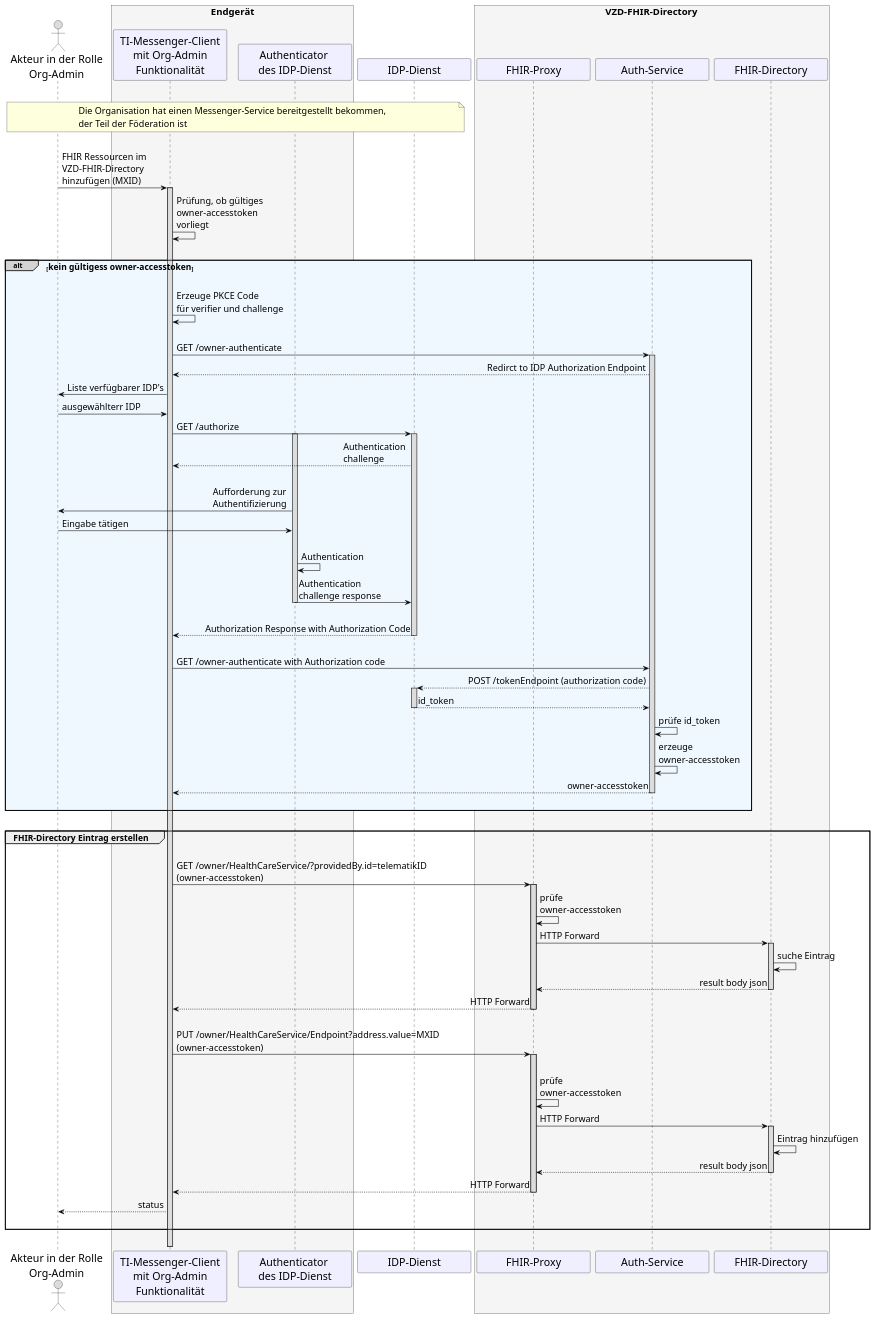
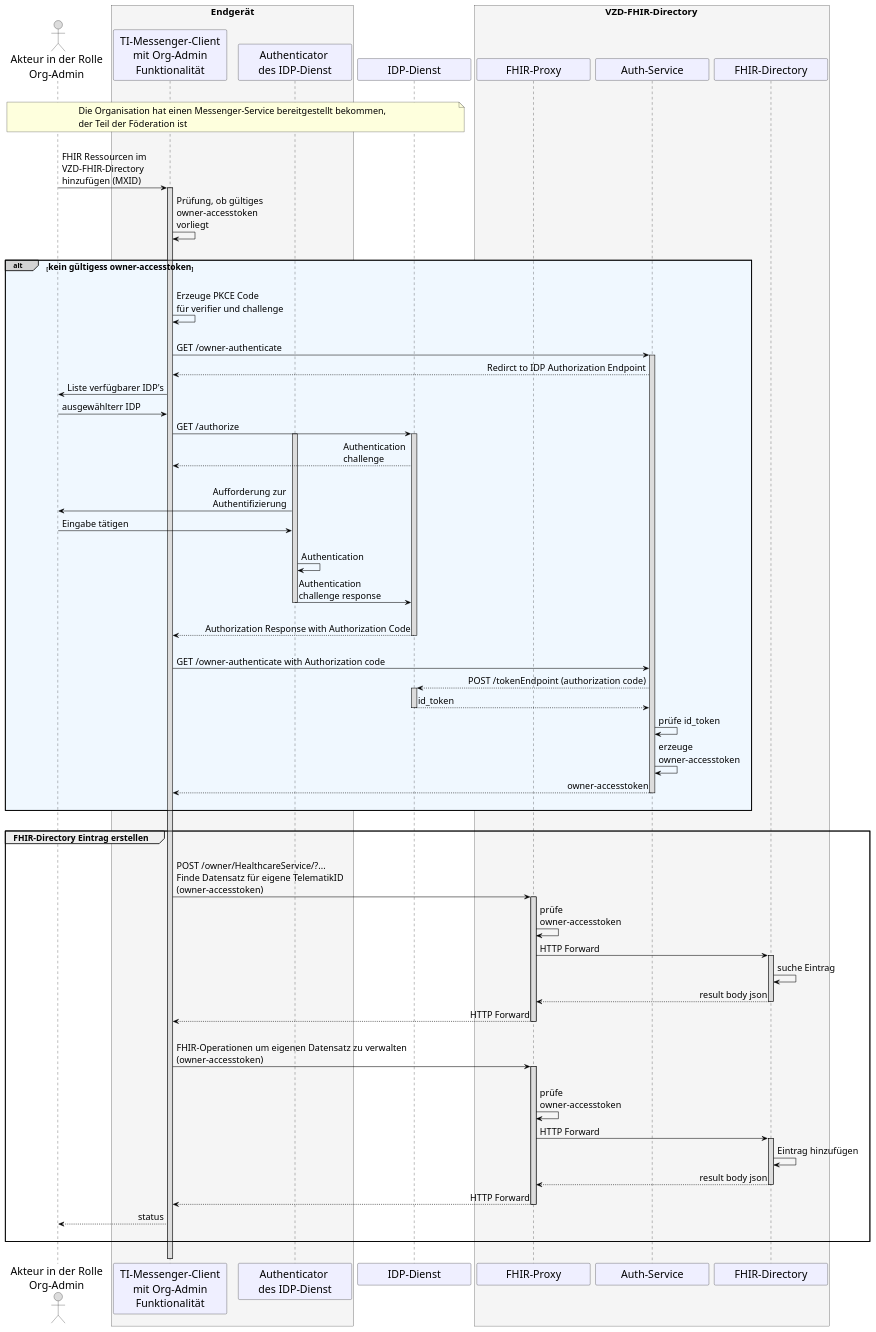
The diagram in src/plantuml/TI-Messenger-Dienst/Ressourcen/UC_10059_Seq.puml (gematik/api-ti-messenger), drawn with PlantUML before and after one commit.

```diff
--- a/src/plantuml/TI-Messenger-Dienst/Ressourcen/UC_10059_Seq.puml
+++ b/src/plantuml/TI-Messenger-Dienst/Ressourcen/UC_10059_Seq.puml
@@ -9,122 +9,122 @@
 @startuml
 skinparam sequenceMessageAlign direction
 skinparam minClassWidth 200
 skinparam BoxPadding 1
 skinparam sequenceReferenceHeaderBackgroundColor palegreen
 scale max 2048 width
 
 skinparam sequence {
 ArrowColor black
 ArrowFontSize 17
 ActorBorderColor black
 LifeLineBorderColor black
 LifeLineBackgroundColor Gainsboro
 
 ParticipantBorderColor Motivation
 ParticipantBackgroundColor Motivation
 ParticipantFontName Impact
 ParticipantFontSize 20
 ParticipantFontColor black
 ParticipantBorderColor Black
 ParticipantBackgroundColor MOTIVATION
 
 ActorBackgroundColor Gainsboro
 ActorFontColor black
 ActorFontSize 20
 ActorFontName Aapex
 }
     actor U as "Akteur in der Rolle\nOrg-Admin"
     box <size:18>Endgerät</size>\n #WhiteSmoke 
     participant C as "TI-Messenger-Client\n mit Org-Admin \nFunktionalität"
     participant A as "Authenticator \ndes IDP-Dienst"
     end box
     participant I as "IDP-Dienst" 
     box <size:18>VZD-FHIR-Directory</size> #WhiteSmoke
       participant FP as "FHIR-Proxy"
       participant Auth as "Auth-Service"
       participant VZD as "FHIR-Directory"
     end box
 
 |||
 note over U, I: <size:17>Die Organisation hat einen Messenger-Service bereitgestellt bekommen, \n<size:17>der Teil der Föderation ist</size>
 |||
 
 U->C: FHIR Ressourcen im \nVZD-FHIR-Directory \nhinzufügen (MXID)
   Activate C
 C->C: Prüfung, ob gültiges \nowner-accesstoken \nvorliegt
 
 |||
 alt#LightGrey #AliceBlue <size:16>kein gültigess owner-accesstoken</size>
 |||
 
   C->C: Erzeuge PKCE Code \nfür verifier und challenge
   |||
   C->Auth: GET /owner-authenticate
     Activate Auth
   Auth-->C: Redirct to IDP Authorization Endpoint
 
   C->U: Liste verfügbarer IDP's
   U->C: ausgewählterr IDP
     
   C->I: GET /authorize
     Activate A
     Activate I
   I-->C: Authentication \nchallenge
   |||
   A->U: Aufforderung zur \nAuthentifizierung
   U->A: Eingabe tätigen
   |||
   A->A: Authentication
   A->I: Authentication \nchallenge response
     Deactivate A
   |||
   I-->C: Authorization Response with Authorization Code
     Deactivate I
       
   |||    
   C->Auth: GET /owner-authenticate with Authorization code
   Auth-->I: POST /tokenEndpoint (authorization code)
     Activate I
   I-->Auth: id_token
     Deactivate I
   Auth->Auth: prüfe id_token
   Auth->Auth: erzeuge \nowner-accesstoken
   Auth-->C: owner-accesstoken
   ||| 
     
     Deactivate Auth
 end
       
 |||
 
 group <size:16>FHIR-Directory Eintrag erstellen</size>
   |||
-  C->FP: GET /owner/HealthCareService/?providedBy.id=telematikID \n(owner-accesstoken)
+  C->FP: POST /owner/HealthcareService/?... \nFinde Datensatz für eigene TelematikID \n(owner-accesstoken)
     Activate FP
   FP->FP: prüfe \nowner-accesstoken
   FP->VZD: HTTP Forward
     Activate VZD
   VZD->VZD: suche Eintrag
   VZD-->FP: result body json
     Deactivate VZD
   FP-->C: HTTP Forward
     Deactivate FP
   |||
-  C->FP: PUT /owner/HealthCareService/Endpoint?address.value=MXID \n(owner-accesstoken)
+  C->FP: FHIR-Operationen um eigenen Datensatz zu verwalten \n(owner-accesstoken)
   |||
     Activate FP
   FP->FP: prüfe \nowner-accesstoken
   FP->VZD: HTTP Forward
     Activate VZD
   VZD->VZD: Eintrag hinzufügen
   VZD-->FP: result body json
     Deactivate VZD
   FP-->C: HTTP Forward
     Deactivate FP
   C-->U: status    
   |||
 end
 |||
 
   Deactivate C
 @enduml
```
